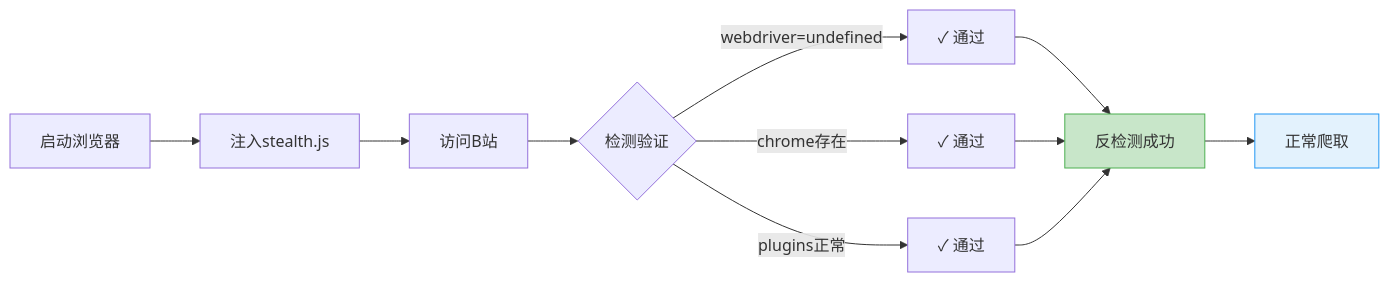
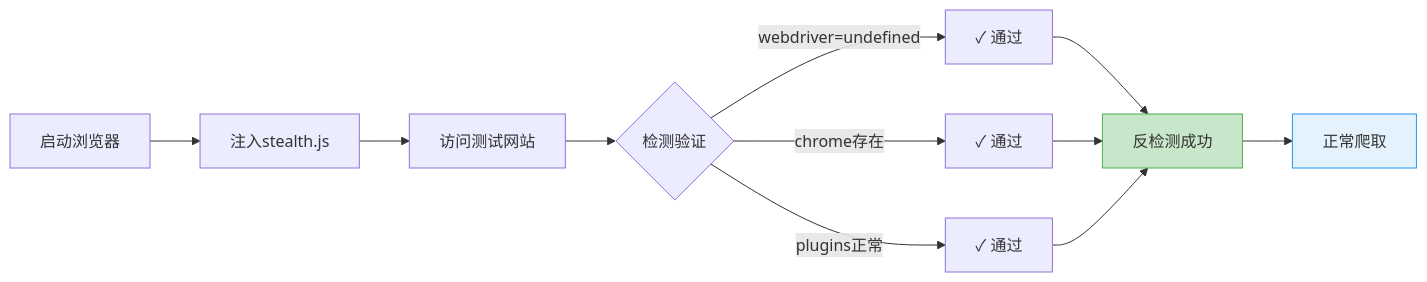
The third of 3 diagrams in docs/爬虫进价/05_Playwright进阶_反检测与性能优化.md (NanmiCoder/CrawlerTutorial), drawn with Mermaid before and after one commit. The commit also changed other lines of this file and 15 other files, not shown here.

````diff
--- a/docs/爬虫进价/05_Playwright进阶_反检测与性能优化.md
+++ b/docs/爬虫进价/05_Playwright进阶_反检测与性能优化.md
@@ -939,16 +917,16 @@
 ```mermaid
 flowchart LR
     Start["启动浏览器"] --> Inject["注入stealth.js"]
-    Inject --> Visit["访问B站"]
+    Inject --> Visit["访问测试网站"]
     Visit --> Check{"检测验证"}
 
     Check -->|webdriver=undefined| Pass1["✓ 通过"]
     Check -->|chrome存在| Pass2["✓ 通过"]
     Check -->|plugins正常| Pass3["✓ 通过"]
 
     Pass1 & Pass2 & Pass3 --> Result["反检测成功"]
     Result --> Crawl["正常爬取"]
 
     style Result fill:#c8e6c9,stroke:#4caf50
     style Crawl fill:#e3f2fd,stroke:#2196f3
 ```
````
